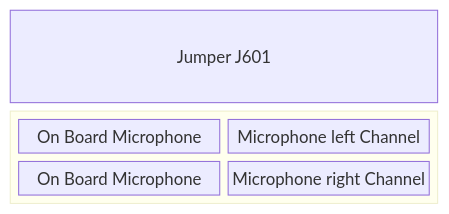
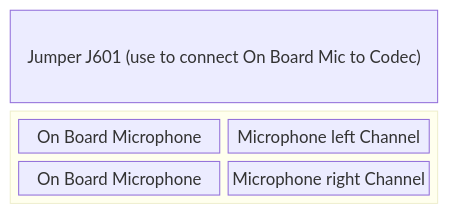
One commit to KROIA/Voicemail-Box changed the diagram in Hardware/README.md. Above: the diagram before and after it, drawn with Mermaid. The commit also changed other lines of this file, not shown here.

````diff
--- a/Hardware/README.md
+++ b/Hardware/README.md
@@ -49,12 +51,12 @@
 ```mermaid
 block-beta
     columns 1
-    doc["Jumper J601"]
+    doc["Jumper J601 (use to connect On Board Mic to Codec)"]
     block
         columns 2
         a["On Board Microphone"]
         b["Microphone left Channel"]
         c["On Board Microphone"]
         d["Microphone right Channel"]
     end
 ```
````
